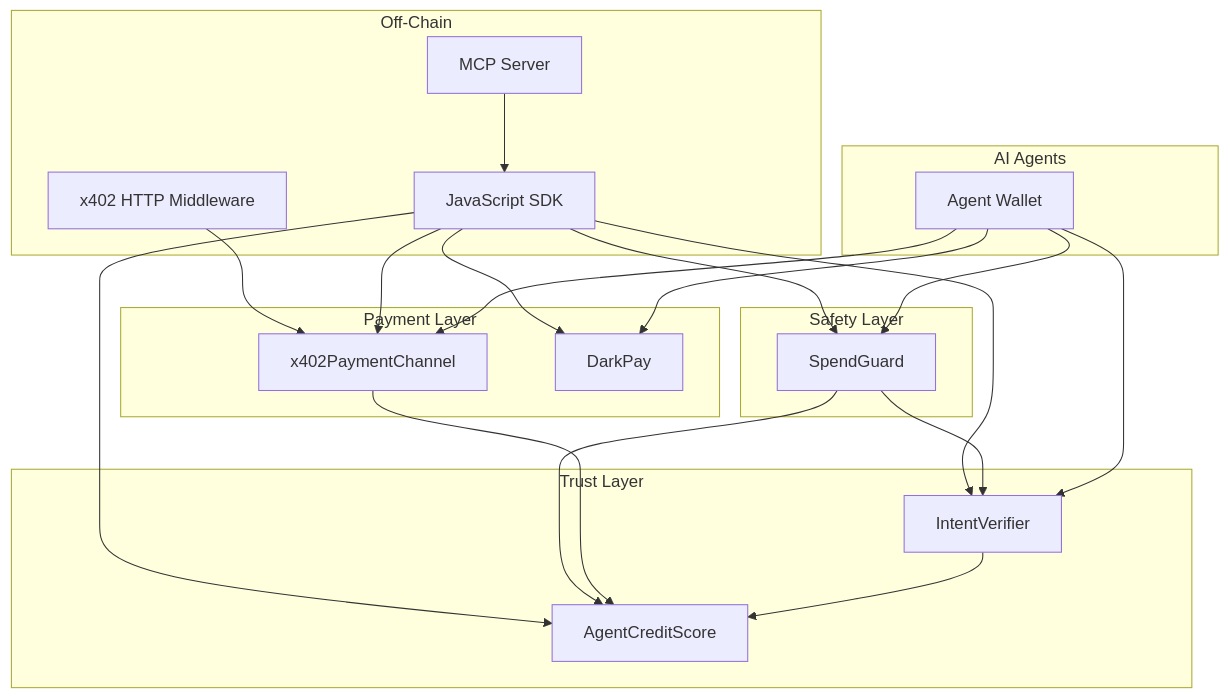
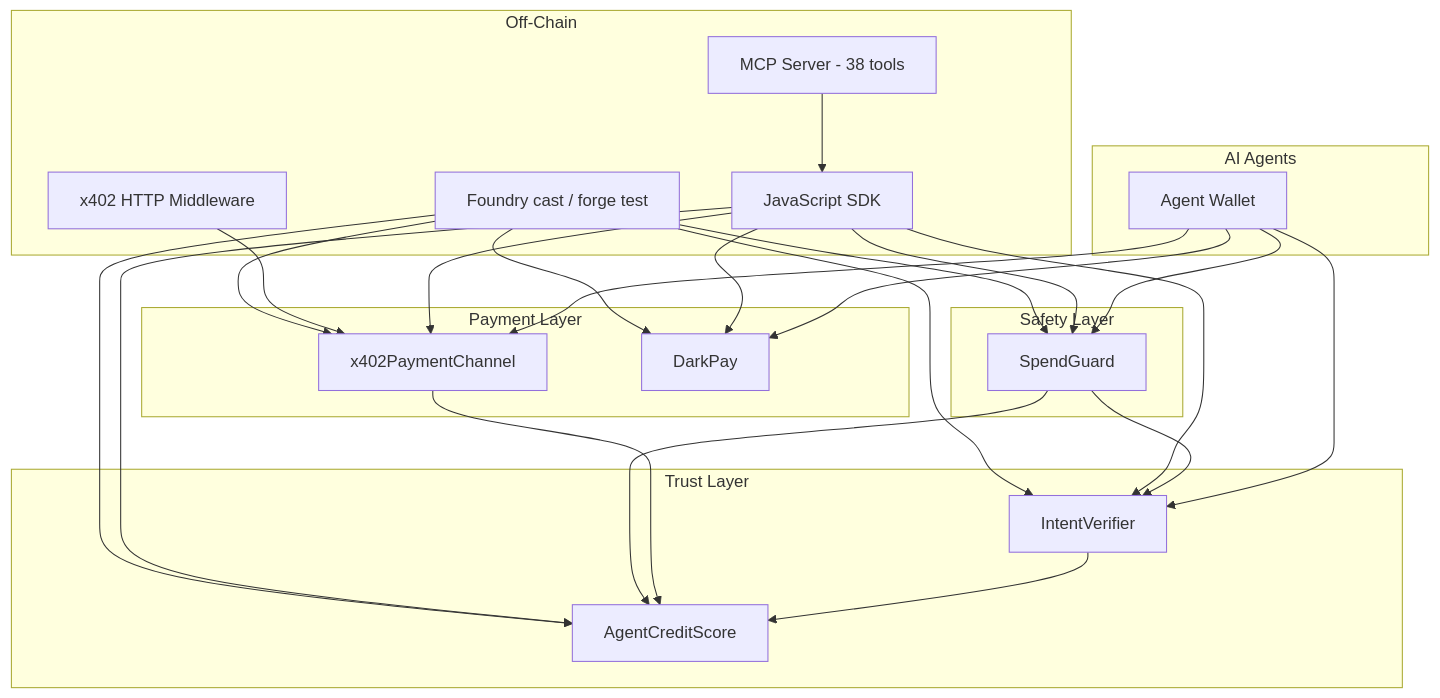
One commit to henrysammarfo/pharos-skills changed the first of 7 diagrams in ARCHITECTURE.md. Above: the diagram before and after it, drawn with Mermaid. The commit also changed other lines of this file and 6 other files, not shown here.

First line of the commit message:
docs: mermaid architecture diagrams and judge-ready skill READMEs

````diff
--- a/ARCHITECTURE.md
+++ b/ARCHITECTURE.md
@@ -7,38 +7,40 @@
 ```mermaid
 flowchart TB
     subgraph agents [AI Agents]
         A[Agent Wallet]
     end
 
     subgraph safety [Safety Layer]
         SG[SpendGuard]
     end
 
     subgraph trust [Trust Layer]
         IV[IntentVerifier]
         ACS[AgentCreditScore]
     end
 
     subgraph payments [Payment Layer]
         X402[x402PaymentChannel]
         DP[DarkPay]
     end
 
     subgraph offchain [Off-Chain]
-        MCP[MCP Server]
+        MCP[MCP Server - 38 tools]
         SDK[JavaScript SDK]
         HTTP[x402 HTTP Middleware]
+        CAST[Foundry cast / forge test]
     end
 
     A --> SG
     A --> IV
     IV --> ACS
     X402 --> ACS
     SG --> ACS
     SG --> IV
     A --> X402
     A --> DP
     MCP --> SDK
     SDK --> ACS & IV & X402 & SG & DP
     HTTP --> X402
+    CAST --> ACS & IV & X402 & SG & DP
 ```
````
